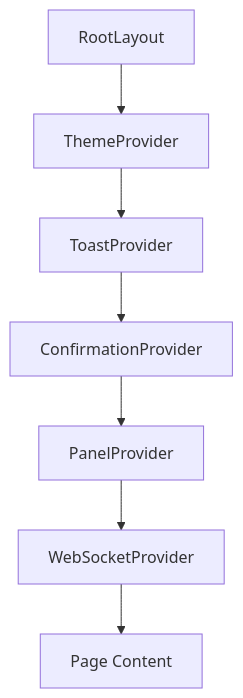
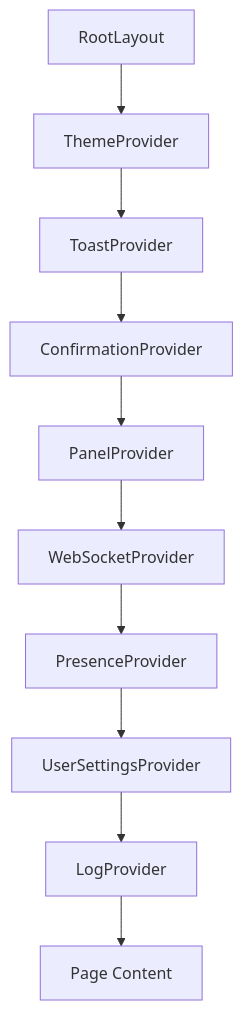
The sixth of 7 diagrams in Documentation/Architecture/index.md (neofuture/chatr), drawn with Mermaid before and after one commit. The commit also changed other lines of this file and 158 other files, not shown here.

````diff
--- a/Documentation/Architecture/index.md
+++ b/Documentation/Architecture/index.md
@@ -204,9 +210,12 @@
 ```mermaid
 graph TD
     RootLayout --> ThemeProvider
     ThemeProvider --> ToastProvider
     ToastProvider --> ConfirmationProvider
     ConfirmationProvider --> PanelProvider
     PanelProvider --> WebSocketProvider
-    WebSocketProvider --> PageContent["Page Content"]
+    WebSocketProvider --> PresenceProvider
+    PresenceProvider --> UserSettingsProvider
+    UserSettingsProvider --> LogProvider
+    LogProvider --> PageContent["Page Content"]
 ```
````
